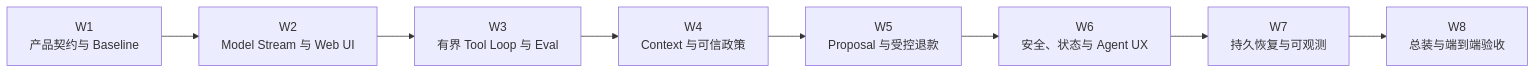
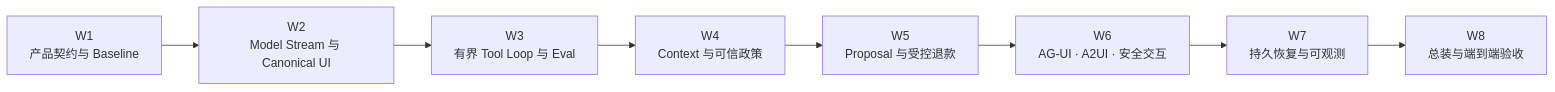
Before and after one commit to whatthehan/masterpiece-static-docs: the diagram in site/11-综合实践与作品设计/04-八周学习与实践路径.md, drawn with Mermaid. The commit also changed other lines of this file and 165 other files, not shown here.

````diff
--- a/site/11-综合实践与作品设计/04-八周学习与实践路径.md
+++ b/site/11-综合实践与作品设计/04-八周学习与实践路径.md
@@ -7,10 +7,10 @@
 ```mermaid
 flowchart LR
-    W1["W1<br/>产品契约与 Baseline"] --> W2["W2<br/>Model Stream 与 Web UI"]
+    W1["W1<br/>产品契约与 Baseline"] --> W2["W2<br/>Model Stream 与 Canonical UI"]
     W2 --> W3["W3<br/>有界 Tool Loop 与 Eval"]
     W3 --> W4["W4<br/>Context 与可信政策"]
     W4 --> W5["W5<br/>Proposal 与受控退款"]
-    W5 --> W6["W6<br/>安全、状态与 Agent UX"]
+    W5 --> W6["W6<br/>AG-UI · A2UI · 安全交互"]
     W6 --> W7["W7<br/>持久恢复与可观测"]
     W7 --> W8["W8<br/>总装与端到端验收"]
 ```
````
